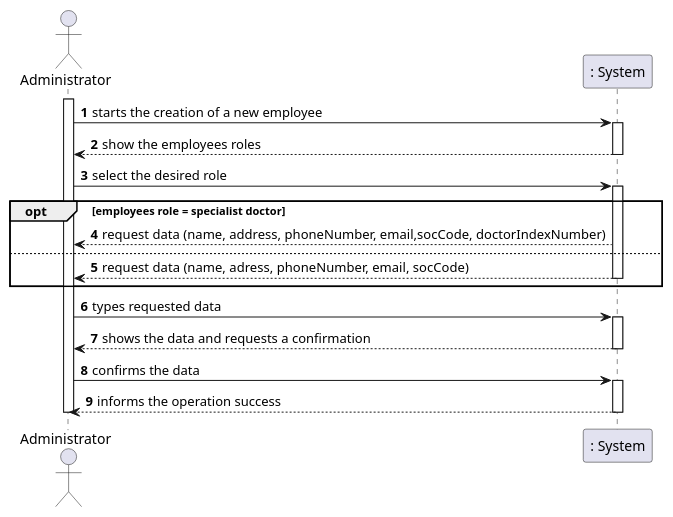
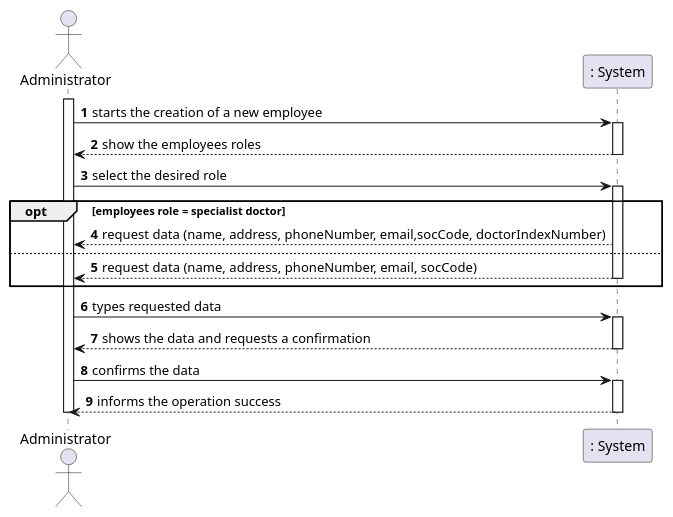
Before and after one commit to manu-07-ela/LAPR2_ISEP: the diagram in docs/SprintB/US07/US07-SSD.puml, drawn with PlantUML. The commit also changed 3 other files, not shown here.

```diff
--- a/docs/SprintB/US07/US07-SSD.puml
+++ b/docs/SprintB/US07/US07-SSD.puml
@@ -1,32 +1,32 @@
 @startuml
 'https://plantuml.com/sequence-diagram
 
 actor Administrator as Adm
 participant ": System" as sy
 
 autonumber
 activate Adm
 Adm -> sy: starts the creation of a new employee
 activate sy
 sy --> Adm : show the employees roles
 deactivate sy
 Adm -> sy : select the desired role
 activate sy
 opt employees role = specialist doctor
 sy --> Adm : request data (name, address, phoneNumber, email,socCode, doctorIndexNumber)
 else
-sy --> Adm : request data (name, adress, phoneNumber, email, socCode)
+sy --> Adm : request data (name, address, phoneNumber, email, socCode)
 deactivate sy
 end
 Adm -> sy: types requested data
 activate sy
 sy --> Adm : shows the data and requests a confirmation
 deactivate sy
 Adm -> sy: confirms the data
 activate sy
 sy --> Adm : informs the operation success
 deactivate sy
 deactivate Adm
 
 
 @enduml
```
